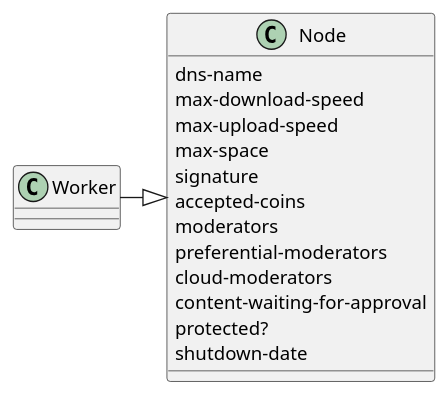
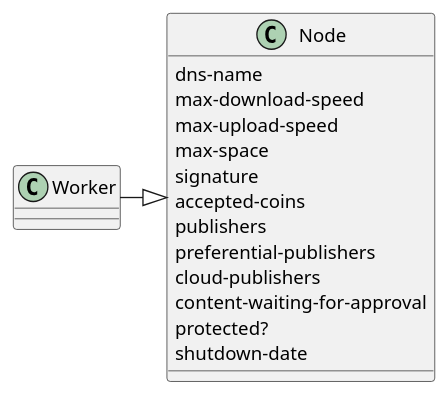
Before and after one commit to wetube/bitcloud: the second of 9 diagrams in bitcloud.org, drawn with PlantUML. The commit also changed other lines of this file and 7 other files, not shown here.

```diff
--- a/bitcloud.org
+++ b/bitcloud.org
@@ -229,17 +229,17 @@
 #+BEGIN_SRC plantuml :file "img/node-class.png"
 class Node {
  dns-name    
  max-download-speed
  max-upload-speed
  max-space
  signature
  accepted-coins
- moderators
- preferential-moderators
- cloud-moderators
+ publishers
+ preferential-publishers
+ cloud-publishers
  content-waiting-for-approval
  protected?
  shutdown-date
 }
 Worker -right-|> Node
 #+END_SRC
```
